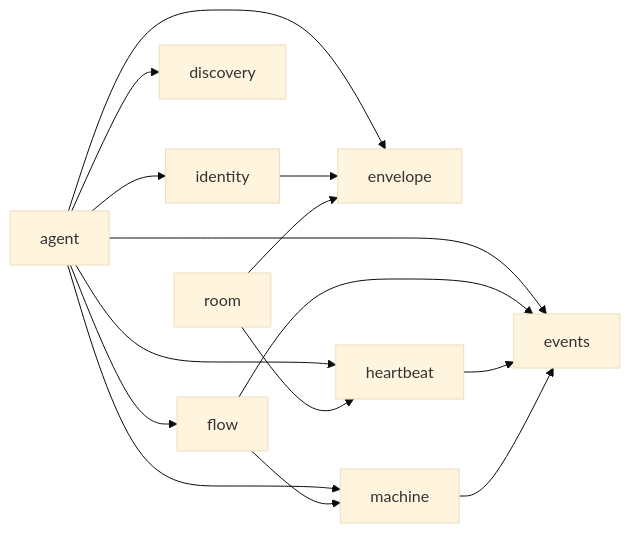
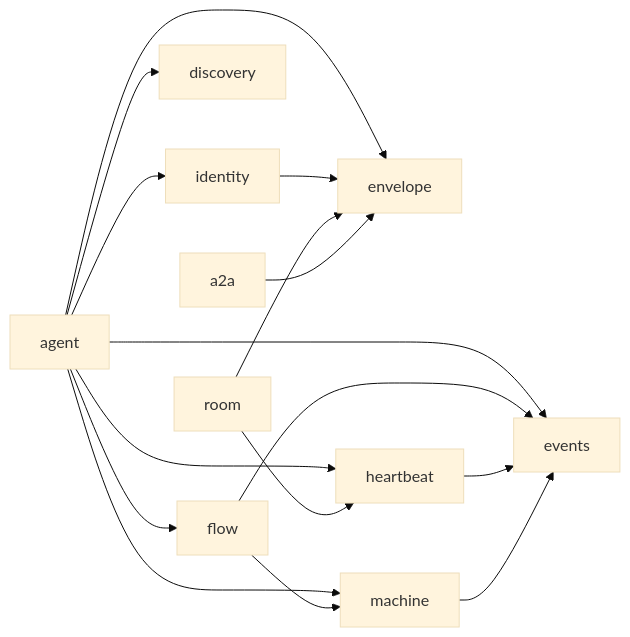
Before and after one commit to MiviaLabs/mivia-ai-sdk: the first of 2 diagrams in docs/architecture.md, drawn with Mermaid (base theme). The commit also changed other lines of this file and 4 other files, not shown here.

````diff
--- a/docs/architecture.md
+++ b/docs/architecture.md
@@ -21,20 +21,21 @@
 ```mermaid
 flowchart LR
     agent --> identity
     agent --> discovery
     agent --> flow
     agent --> envelope
     agent --> events
     agent --> machine
     agent --> heartbeat
     flow --> events
     flow --> machine
     heartbeat --> events
     identity --> envelope
     machine --> events
     room --> envelope
     room --> heartbeat
+    a2a --> envelope
     discovery[discovery]
     envelope[envelope]
     events[events]
 ```
````
